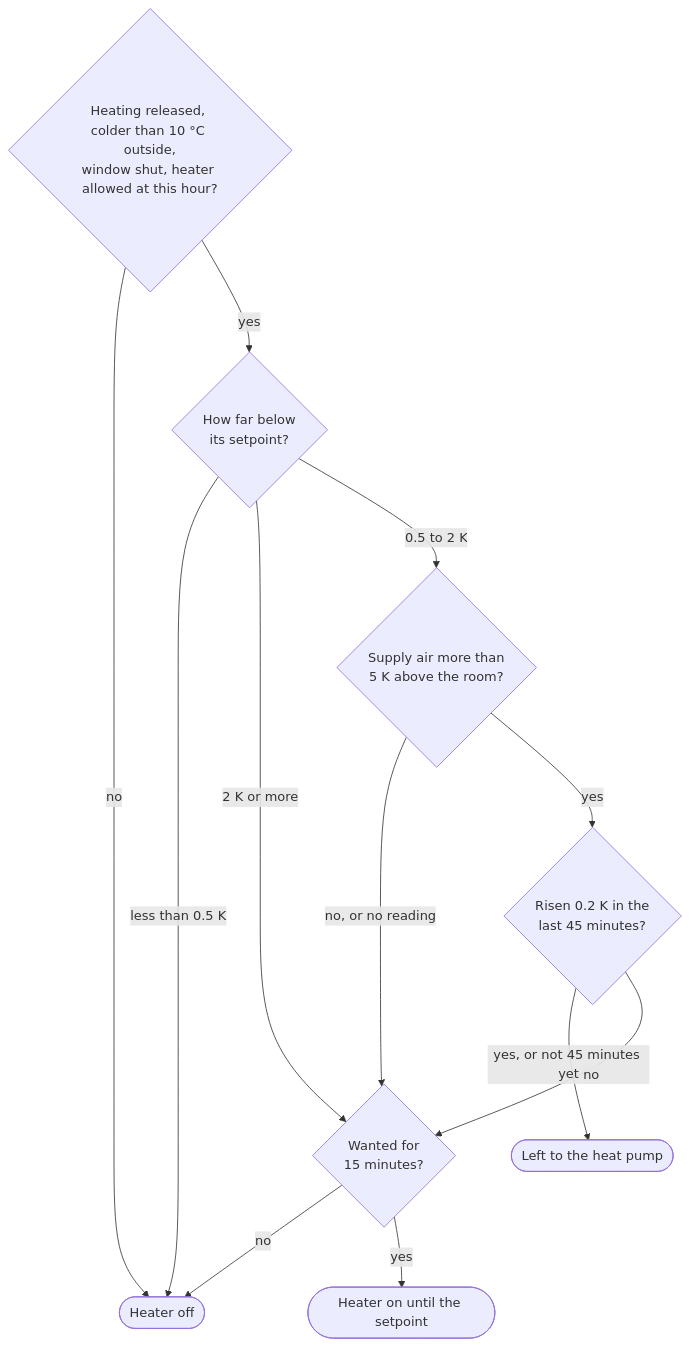
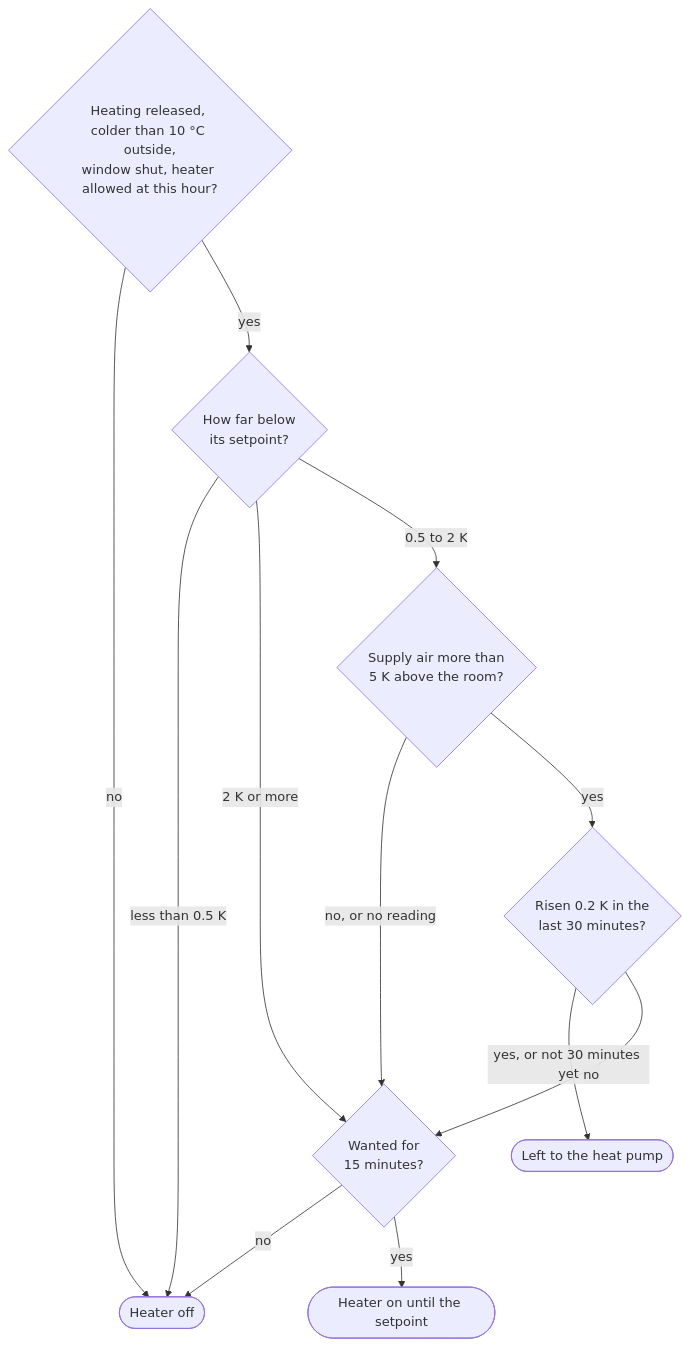
Before and after one commit to josa42/homeassistant-schwoerer-climate-control: the second of 2 diagrams in README.md, drawn with Mermaid. The commit also changed other lines of this file and 4 other files, not shown here.

````diff
--- a/README.md
+++ b/README.md
@@ -192,14 +192,14 @@
 ```mermaid
 flowchart TD
     gates{Heating released, colder than 10 °C outside,<br/>window shut, heater allowed at this hour?} -->|no| off([Heater off])
     gates -->|yes| short{How far below<br/>its setpoint?}
     short -->|less than 0.5 K| off
     short -->|2 K or more| dwell
     short -->|0.5 to 2 K| supply{Supply air more than<br/>5 K above the room?}
     supply -->|no, or no reading| dwell
-    supply -->|yes| rising{Risen 0.2 K in the<br/>last 45 minutes?}
-    rising -->|yes, or not 45 minutes yet| wait([Left to the heat pump])
+    supply -->|yes| rising{Risen 0.2 K in the<br/>last 30 minutes?}
+    rising -->|yes, or not 30 minutes yet| wait([Left to the heat pump])
     rising -->|no| dwell{Wanted for<br/>15 minutes?}
     dwell -->|no| off
     dwell -->|yes| on([Heater on until the setpoint])
 ```
````
